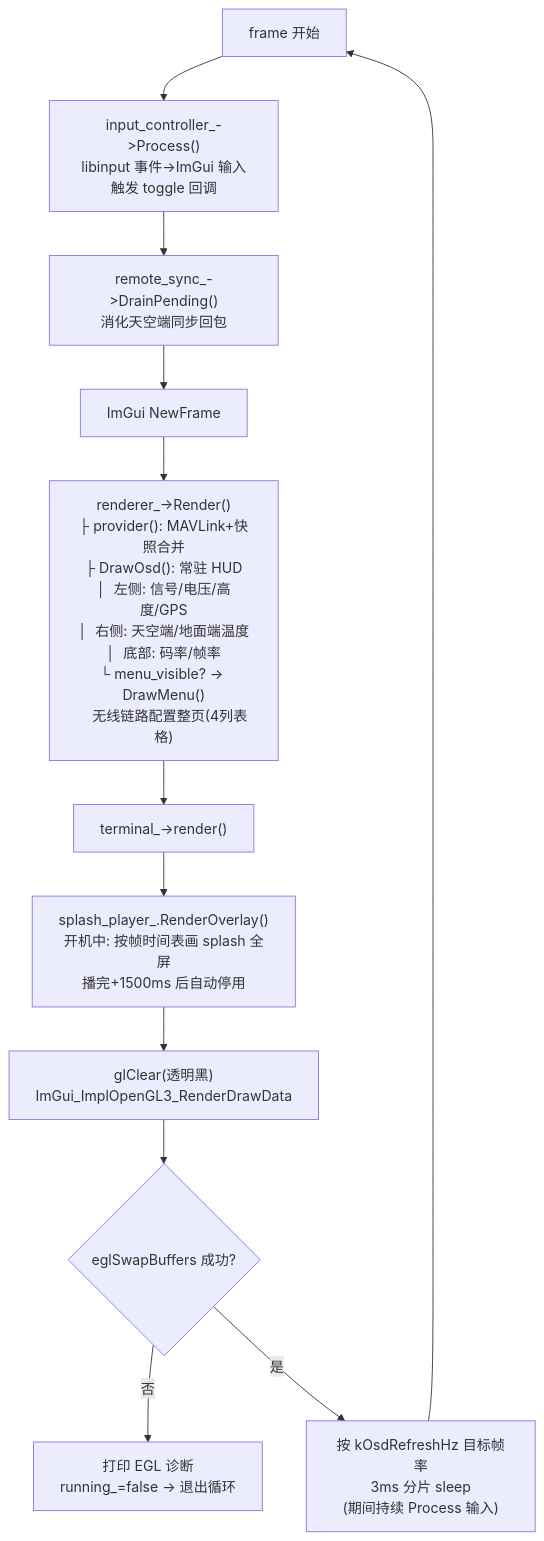
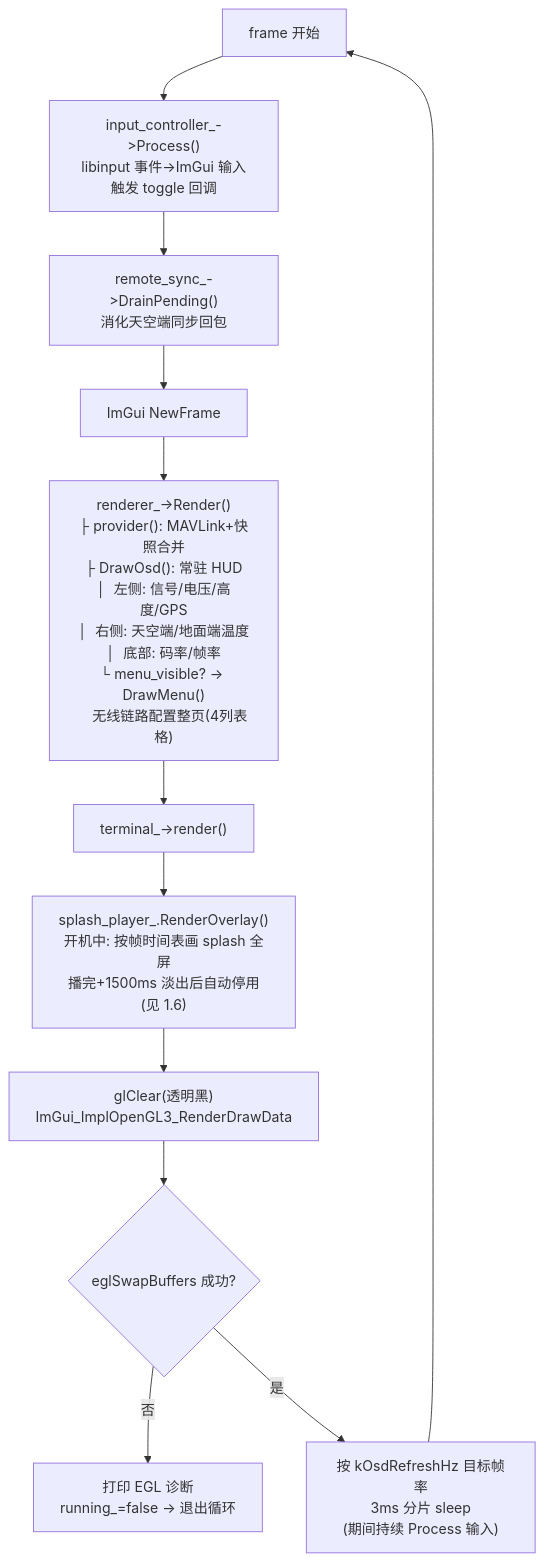
One commit to ICpachong/CoreELEC_FPV changed the third of 13 diagrams in doc/模块流程图.md. Above: the diagram before and after it, drawn with Mermaid. The commit also changed other lines of this file, not shown here.

````diff
--- a/doc/模块流程图.md
+++ b/doc/模块流程图.md
@@ -63,14 +63,14 @@
 ```mermaid
 flowchart TD
     A["frame 开始"] --> B["input_controller_->Process()<br/>libinput 事件→ImGui 输入<br/>触发 toggle 回调"]
     B --> C["remote_sync_->DrainPending()<br/>消化天空端同步回包"]
     C --> D["ImGui NewFrame"]
     D --> E["renderer_->Render()<br/>├ provider(): MAVLink+快照合并<br/>├ DrawOsd(): 常驻 HUD<br/>│  左侧: 信号/电压/高度/GPS<br/>│  右侧: 天空端/地面端温度<br/>│  底部: 码率/帧率<br/>└ menu_visible? → DrawMenu()<br/>   无线链路配置整页(4列表格)"]
     E --> F["terminal_->render()"]
-    F --> G["splash_player_.RenderOverlay()<br/>开机中: 按帧时间表画 splash 全屏<br/>播完+1500ms 后自动停用"]
+    F --> G["splash_player_.RenderOverlay()<br/>开机中: 按帧时间表画 splash 全屏<br/>播完+1500ms 淡出后自动停用(见 1.6)"]
     G --> H["glClear(透明黑)<br/>ImGui_ImplOpenGL3_RenderDrawData"]
     H --> I{"eglSwapBuffers 成功?"}
     I -- 否 --> J["打印 EGL 诊断<br/>running_=false → 退出循环"]
     I -- 是 --> K["按 kOsdRefreshHz 目标帧率<br/>3ms 分片 sleep<br/>(期间持续 Process 输入)"]
     K --> A
 ```
````
